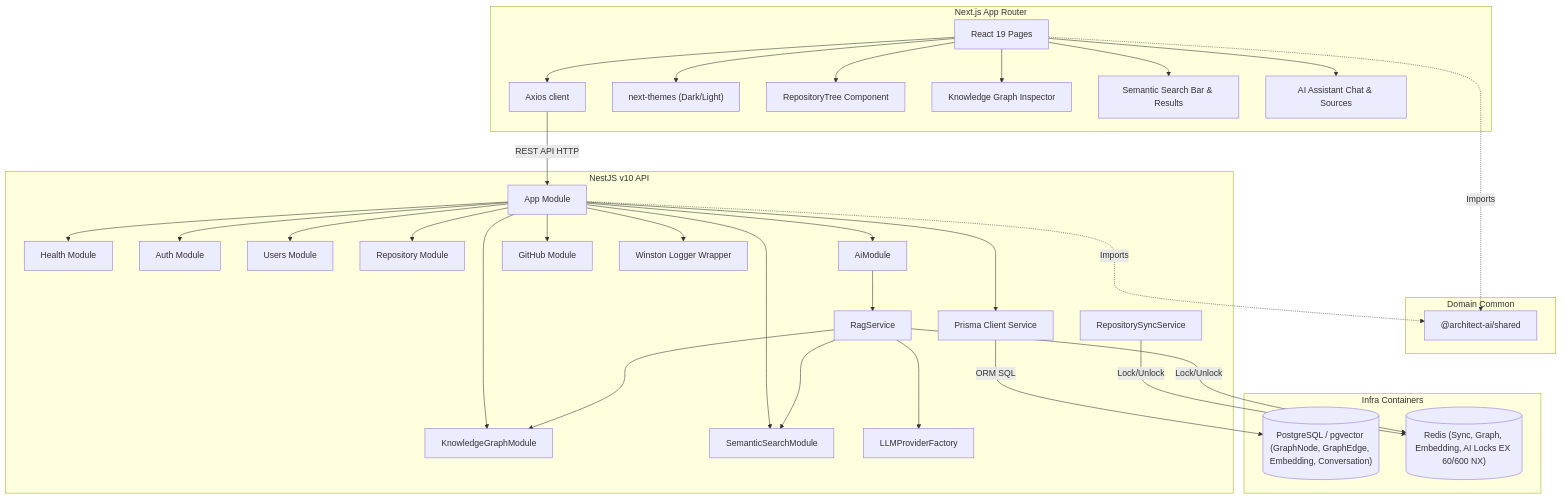
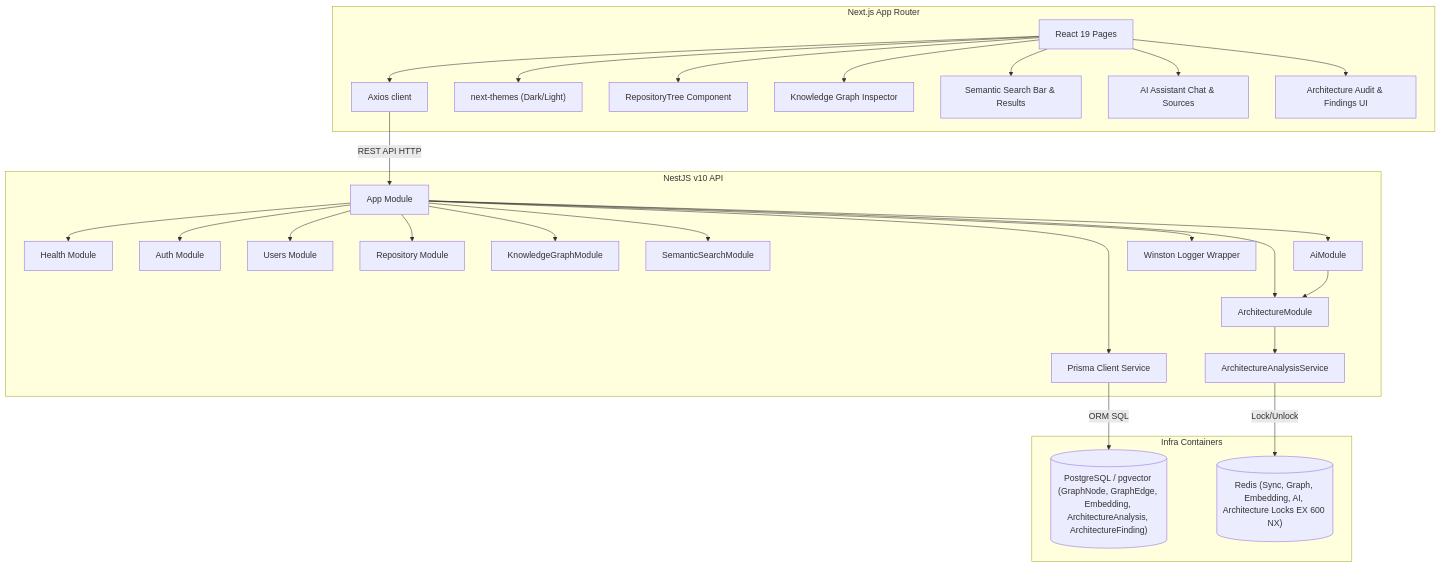
Before and after one commit to TROJAN1HAMMER/ArchitectureAI: the diagram in README.md, drawn with Mermaid. The commit also changed other lines of this file and 39 other files, not shown here.

First line of the commit message:
feat(architecture): add architecture discovery and auditing

````diff
--- a/README.md
+++ b/README.md
@@ -50,69 +51,59 @@
 ```mermaid
 graph TD
     subgraph Frontend ["Next.js App Router"]
         UI["React 19 Pages"]
         Axios["Axios client"]
         Theme["next-themes (Dark/Light)"]
         TreeUI["RepositoryTree Component"]
         GraphUI["Knowledge Graph Inspector"]
         SearchUI["Semantic Search Bar & Results"]
         AIChatUI["AI Assistant Chat & Sources"]
+        ArchUI["Architecture Audit & Findings UI"]
 
         UI --> Axios
         UI --> Theme
         UI --> TreeUI
         UI --> GraphUI
         UI --> SearchUI
         UI --> AIChatUI
-    end
-
-    subgraph Shared ["Domain Common"]
-        SharedLib["@architect-ai/shared"]
+        UI --> ArchUI
     end
 
     subgraph Backend ["NestJS v10 API"]
         App["App Module"]
         Health["Health Module"]
         Auth["Auth Module"]
         Users["Users Module"]
         Repo["Repository Module"]
-        RepoSync["RepositorySyncService"]
         GraphModule["KnowledgeGraphModule"]
         SemanticSearchModule["SemanticSearchModule"]
         AiModule["AiModule"]
-        RagService["RagService"]
-        LLMFactory["LLMProviderFactory"]
-        GitHub["GitHub Module"]
+        ArchModule["ArchitectureModule"]
+        ArchAnalysis["ArchitectureAnalysisService"]
         PrismaService["Prisma Client Service"]
         LoggerService["Winston Logger Wrapper"]
 
         App --> Health
         App --> Auth
         App --> Users
         App --> Repo
         App --> GraphModule
         App --> SemanticSearchModule
         App --> AiModule
-        App --> GitHub
+        App --> ArchModule
         App --> PrismaService
         App --> LoggerService
 
-        AiModule --> RagService
-        RagService --> LLMFactory
-        RagService --> SemanticSearchModule
-        RagService --> GraphModule
+        ArchModule --> ArchAnalysis
+        AiModule --> ArchModule
     end
 
     subgraph Persistence ["Infra Containers"]
-        Postgres[("PostgreSQL / pgvector (GraphNode, GraphEdge, Embedding, Conversation)")]
-        Redis[("Redis (Sync, Graph, Embedding, AI Locks EX 60/600 NX)")]
+        Postgres[("PostgreSQL / pgvector (GraphNode, GraphEdge, Embedding, ArchitectureAnalysis, ArchitectureFinding)")]
+        Redis[("Redis (Sync, Graph, Embedding, AI, Architecture Locks EX 600 NX)")]
     end
 
     Axios -->|REST API HTTP| App
     PrismaService -->|ORM SQL| Postgres
-    RepoSync -->|Lock/Unlock| Redis
-    RagService -->|Lock/Unlock| Redis
-
-    UI -..->|Imports| SharedLib
-    App -..->|Imports| SharedLib
+    ArchAnalysis -->|Lock/Unlock| Redis
 ```
````
